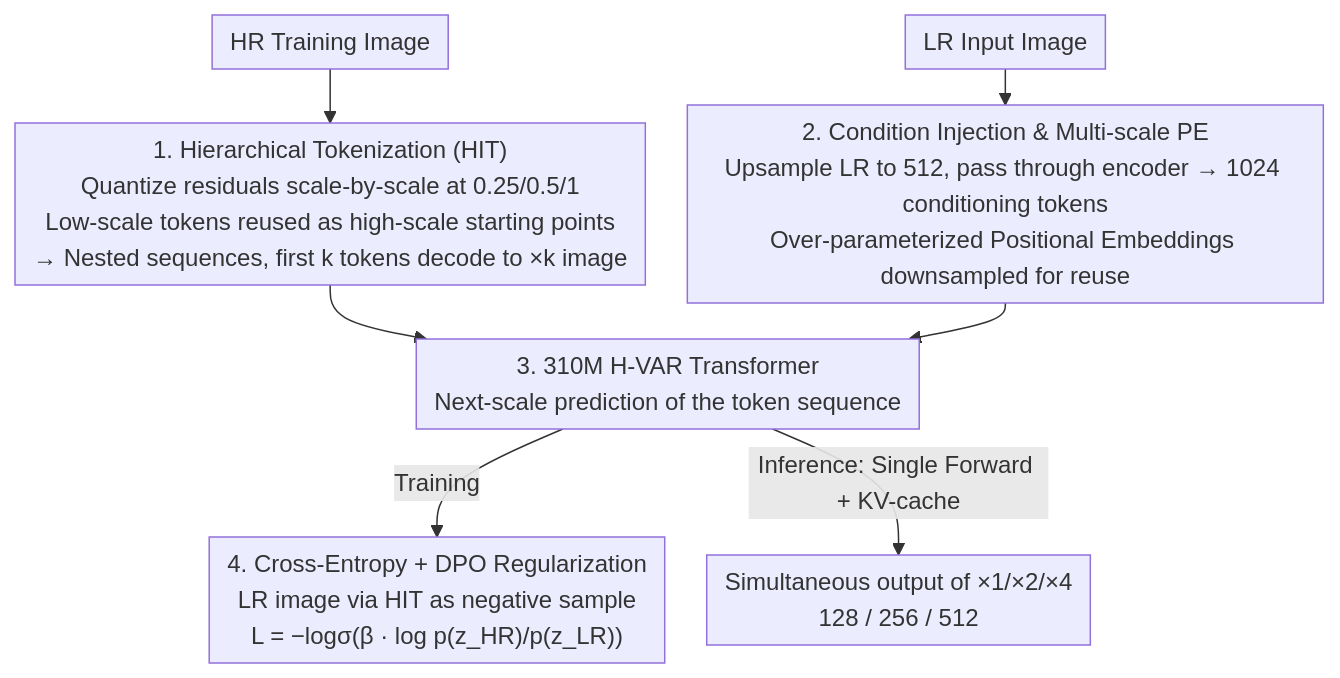
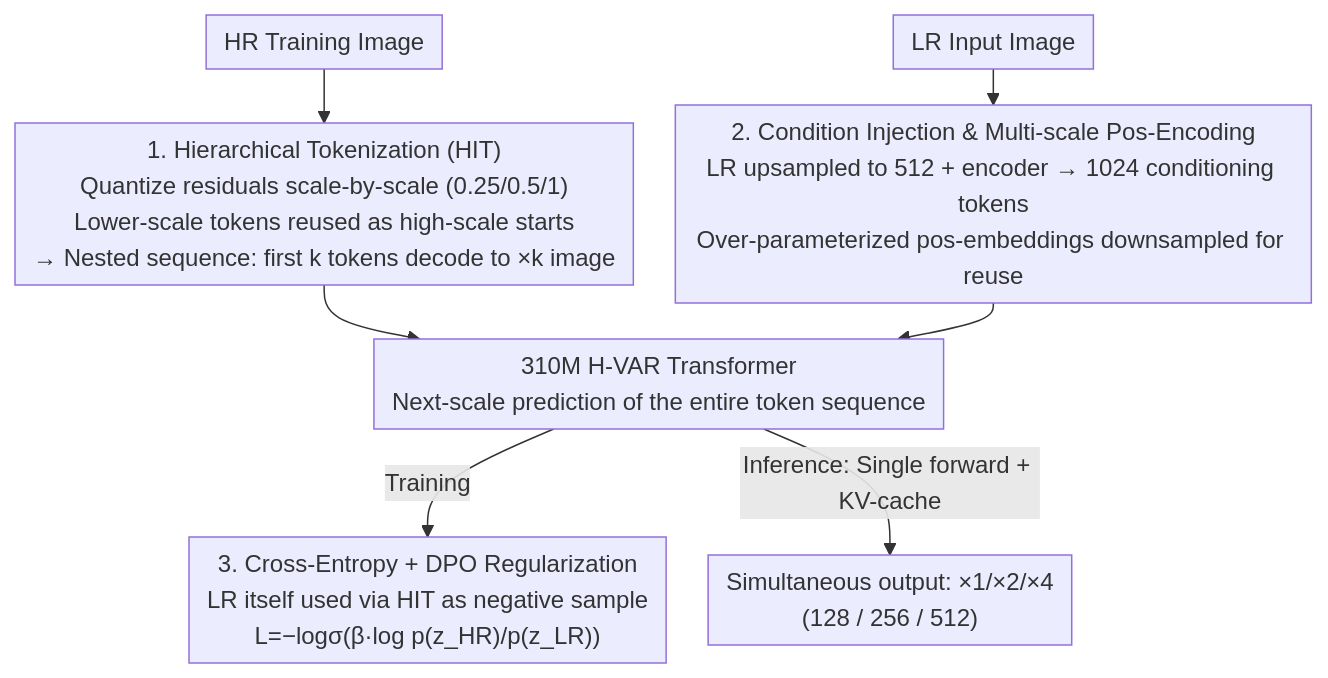
The diagram in docs/ICML2026/model_compression/hierarchical_image_tokenization_for_multi-scale_image_super_resolution.md (zhaoyang97/Paper-Notes-en), drawn with Mermaid before and after one commit. The commit also changed other lines of this file and 5084 other files, not shown here.

````diff
--- a/docs/ICML2026/model_compression/hierarchical_image_tokenization_for_multi-scale_image_super_resolution.md
+++ b/docs/ICML2026/model_compression/hierarchical_image_tokenization_for_multi-scale_image_super_resolution.md
@@ -43,10 +43,10 @@
 ```mermaid
 %%{init: {'flowchart': {'rankSpacing': 24, 'nodeSpacing': 28, 'padding': 6, 'wrappingWidth': 400}}}%%
 flowchart TD
-    HR["HR Training Image"] --> HIT["1. Hierarchical Tokenization (HIT)<br/>Quantize residuals scale-by-scale at 0.25/0.5/1<br/>Low-scale tokens reused as high-scale starting points<br/>→ Nested sequences, first k tokens decode to ×k image"]
-    LR["LR Input Image"] --> COND["2. Condition Injection & Multi-scale PE<br/>Upsample LR to 512, pass through encoder → 1024 conditioning tokens<br/>Over-parameterized Positional Embeddings downsampled for reuse"]
-    HIT --> VAR["3. 310M H-VAR Transformer<br/>Next-scale prediction of the token sequence"]
+    HR["HR Training Image"] --> HIT["1. Hierarchical Tokenization (HIT)<br/>Quantize residuals scale-by-scale (0.25/0.5/1)<br/>Lower-scale tokens reused as high-scale starts<br/>→ Nested sequence: first k tokens decode to ×k image"]
+    LR["LR Input Image"] --> COND["2. Condition Injection & Multi-scale Pos-Encoding<br/>LR upsampled to 512 + encoder → 1024 conditioning tokens<br/>Over-parameterized pos-embeddings downsampled for reuse"]
+    HIT --> VAR["310M H-VAR Transformer<br/>Next-scale prediction of the entire token sequence"]
     COND --> VAR
-    VAR -->|Training| LOSS["4. Cross-Entropy + DPO Regularization<br/>LR image via HIT as negative sample<br/>L = −logσ(β · log p(z_HR)/p(z_LR))"]
-    VAR -->|Inference: Single Forward + KV-cache| OUT["Simultaneous output of ×1/×2/×4<br/>128 / 256 / 512"]
+    VAR -->|Training| LOSS["3. Cross-Entropy + DPO Regularization<br/>LR itself used via HIT as negative sample<br/>L=−logσ(β·log p(z_HR)/p(z_LR))"]
+    VAR -->|Inference: Single forward + KV-cache| OUT["Simultaneous output: ×1/×2/×4<br/>(128 / 256 / 512)"]
 ```
````
